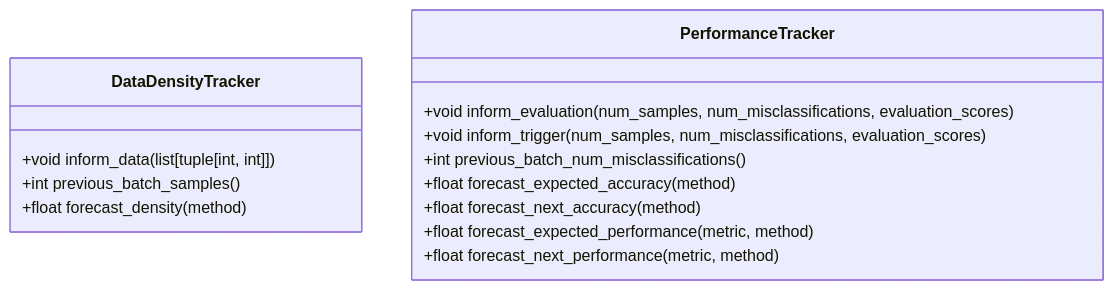
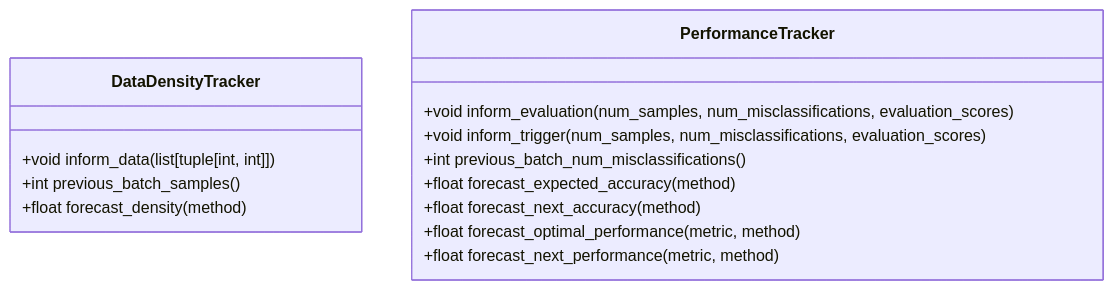
Before and after one commit to eth-easl/modyn: the second of 4 diagrams in docs/pipeline/triggers/PERFORMANCE_TRIGGER.md, drawn with Mermaid. The commit also changed 2 other files, not shown here.

Commit message:
Fix tests renamings

````diff
--- a/docs/pipeline/triggers/PERFORMANCE_TRIGGER.md
+++ b/docs/pipeline/triggers/PERFORMANCE_TRIGGER.md
@@ -84,18 +84,18 @@
 ```mermaid
 classDiagram
     class DataDensityTracker {
         +void inform_data(list[tuple[int, int]])
         +int previous_batch_samples()
         +float forecast_density(method)
     }
 
     class PerformanceTracker {
         +void inform_evaluation(num_samples, num_misclassifications, evaluation_scores)
         +void inform_trigger(num_samples, num_misclassifications, evaluation_scores)
         +int previous_batch_num_misclassifications()
         +float forecast_expected_accuracy(method)
         +float forecast_next_accuracy(method)
-        +float forecast_expected_performance(metric, method)
+        +float forecast_optimal_performance(metric, method)
         +float forecast_next_performance(metric, method)
     }
 ```
````
